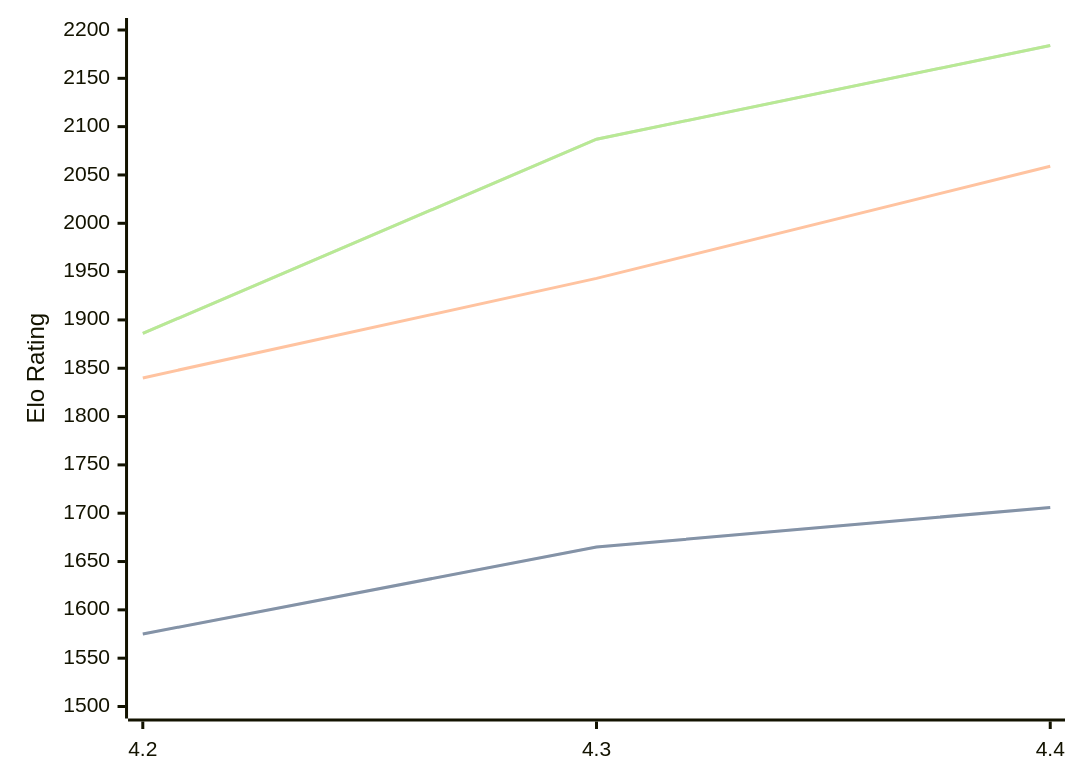
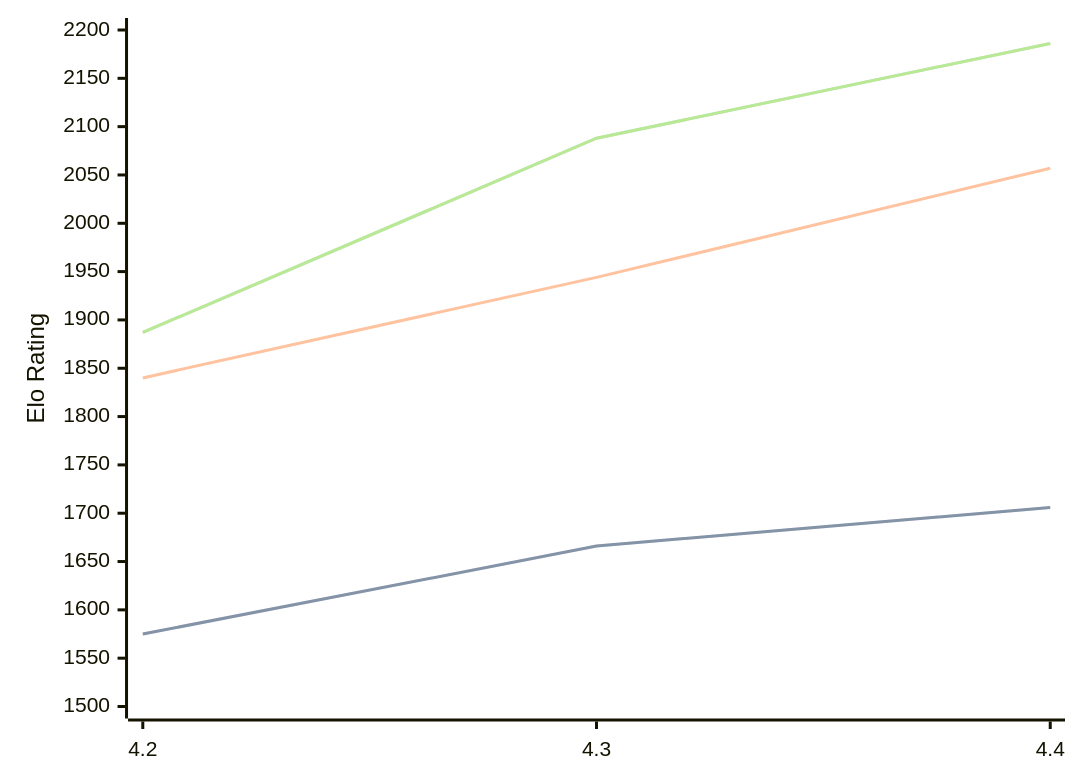
Before and after one commit to computer-chess-index/cci: the diagram in engines/Radiance.md, drawn with Mermaid. The commit also changed other lines of this file, not shown here.

Commit message:
Update CCI Ratings (ELO VLTC) - 2026-08-15

````diff
--- a/engines/Radiance.md
+++ b/engines/Radiance.md
@@ -33,11 +33,11 @@
 ```mermaid
 %%{init: {"theme":"base","themeVariables":{"seriesColors:['#a3a3a3','#222221','#faa371']}}}%%
 xychart-beta
   x-axis ["4.2", "4.3", "4.4"]
   y-axis "Elo Rating" 1500 --> 2200
-  line "STC (8.0+0.08s)" [1575, 1665, 1706]
-  line "STC (8.0+0.08s)" [1575, 1665, 1706]
-  line "LTC (60.0+0.60s)" [1840, 1943, 2059]
-  line "VLTC (2m24s+1.12s)" [1886, 2087, 2184]
-  line "VLTC (2m24s+1.12s)" [1886, 2087, 2184]
+  line "STC (8.0+0.08s)" [1575, 1666, 1706]
+  line "STC (8.0+0.08s)" [1575, 1666, 1706]
+  line "LTC (60.0+0.60s)" [1840, 1944, 2057]
+  line "VLTC (2m24s+1.12s)" [1887, 2088, 2186]
+  line "VLTC (2m24s+1.12s)" [1887, 2088, 2186]
 ```
````
